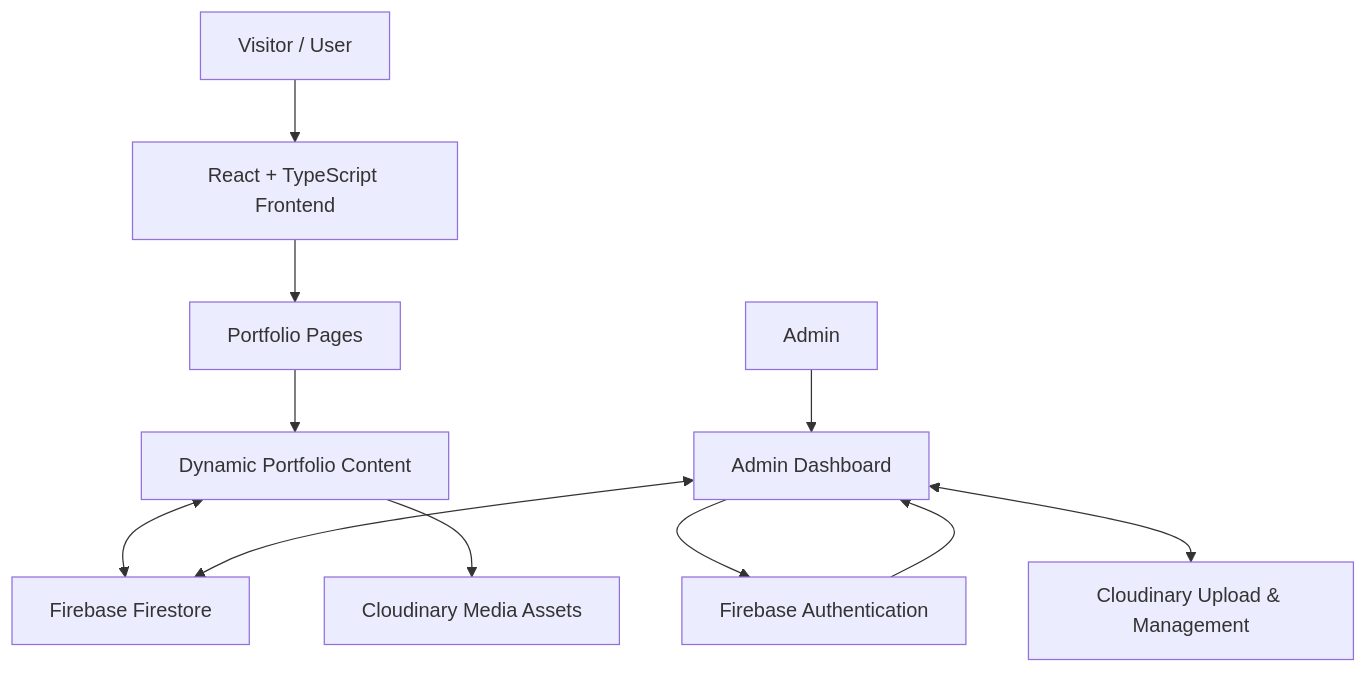
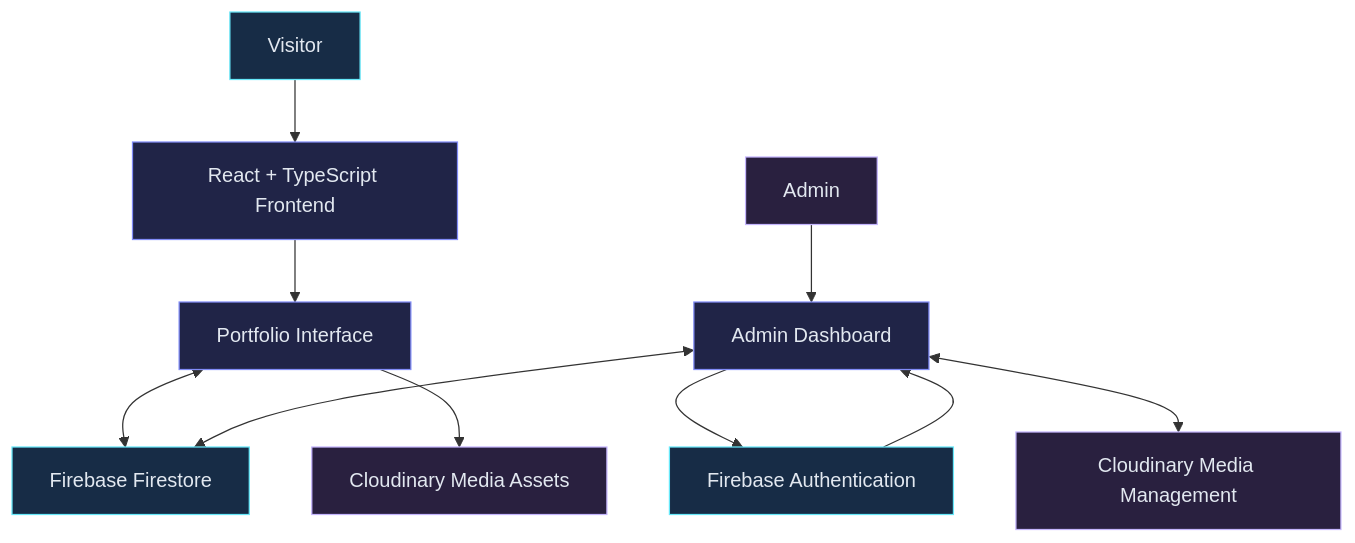
The diagram in README.md (Saheera-006/fathima-saheera-portfolio), drawn with Mermaid before and after one commit. The commit also changed other lines of this file, not shown here.

Commit message:
portfolio

````diff
--- a/README.md
+++ b/README.md
@@ -109,14 +115,23 @@
 ```mermaid
 flowchart TD
-    A["Visitor / User"] --> B["React + TypeScript Frontend"]
-    B --> C["Portfolio Pages"]
-    C --> D["Dynamic Portfolio Content"]
-    D <--> E["Firebase Firestore"]
-    D --> F["Cloudinary Media Assets"]
+    A["Visitor"] --> B["React + TypeScript Frontend"]
+    B --> C["Portfolio Interface"]
+    C <--> D["Firebase Firestore"]
+    C --> E["Cloudinary Media Assets"]
 
-    G["Admin"] --> H["Admin Dashboard"]
-    H --> I["Firebase Authentication"]
-    I --> H
-    H <--> E
-    H <--> J["Cloudinary Upload & Management"]
+    F["Admin"] --> G["Admin Dashboard"]
+    G --> H["Firebase Authentication"]
+    H --> G
+    G <--> D
+    G <--> I["Cloudinary Media Management"]
+
+    style A fill:#172C46,stroke:#67E8F9,color:#E2E8F0
+    style B fill:#202447,stroke:#818CF8,color:#E2E8F0
+    style C fill:#202447,stroke:#818CF8,color:#E2E8F0
+    style D fill:#172C46,stroke:#67E8F9,color:#E2E8F0
+    style E fill:#29203F,stroke:#C4B5FD,color:#E2E8F0
+    style F fill:#29203F,stroke:#C4B5FD,color:#E2E8F0
+    style G fill:#202447,stroke:#818CF8,color:#E2E8F0
+    style H fill:#172C46,stroke:#67E8F9,color:#E2E8F0
+    style I fill:#29203F,stroke:#C4B5FD,color:#E2E8F0
 ```
````
